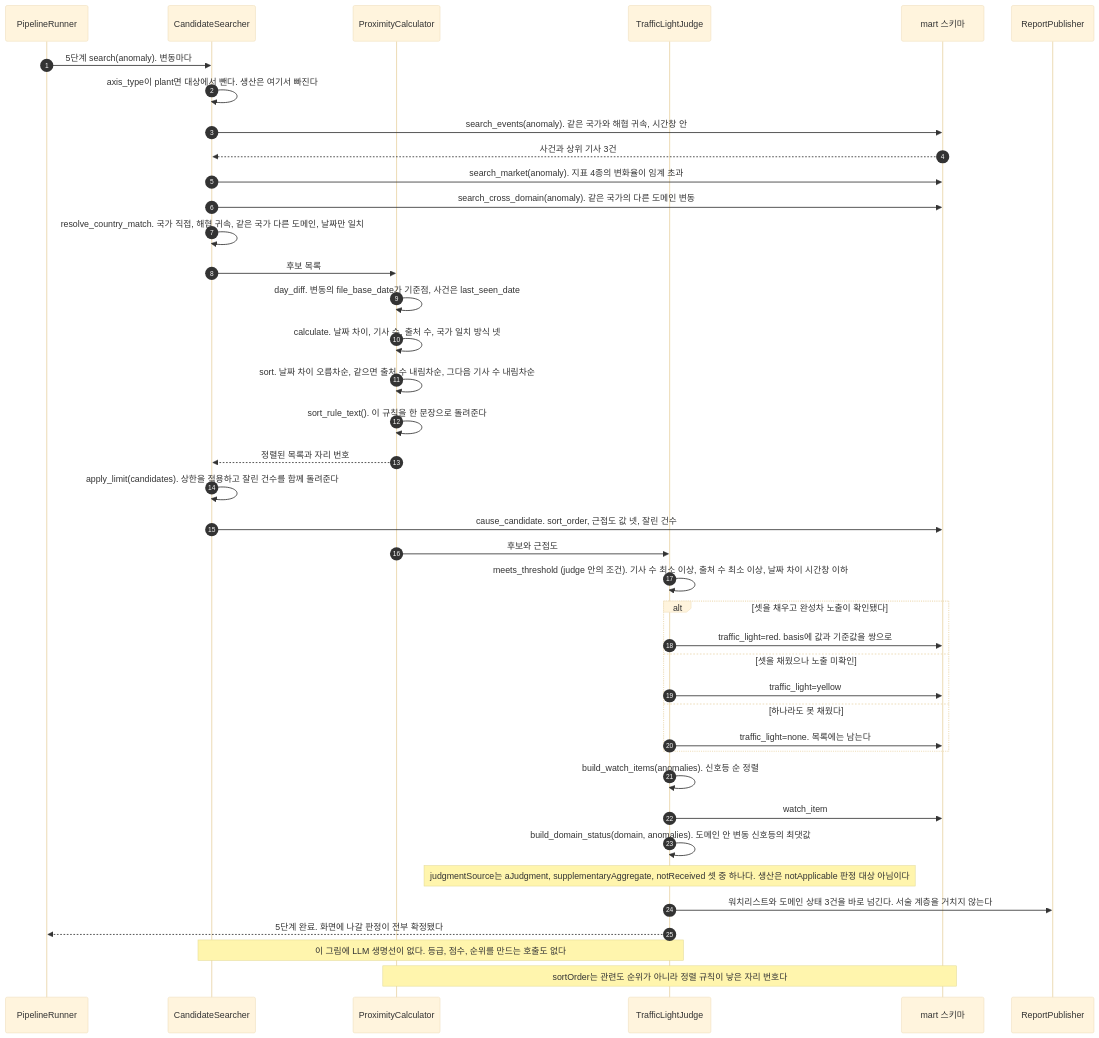
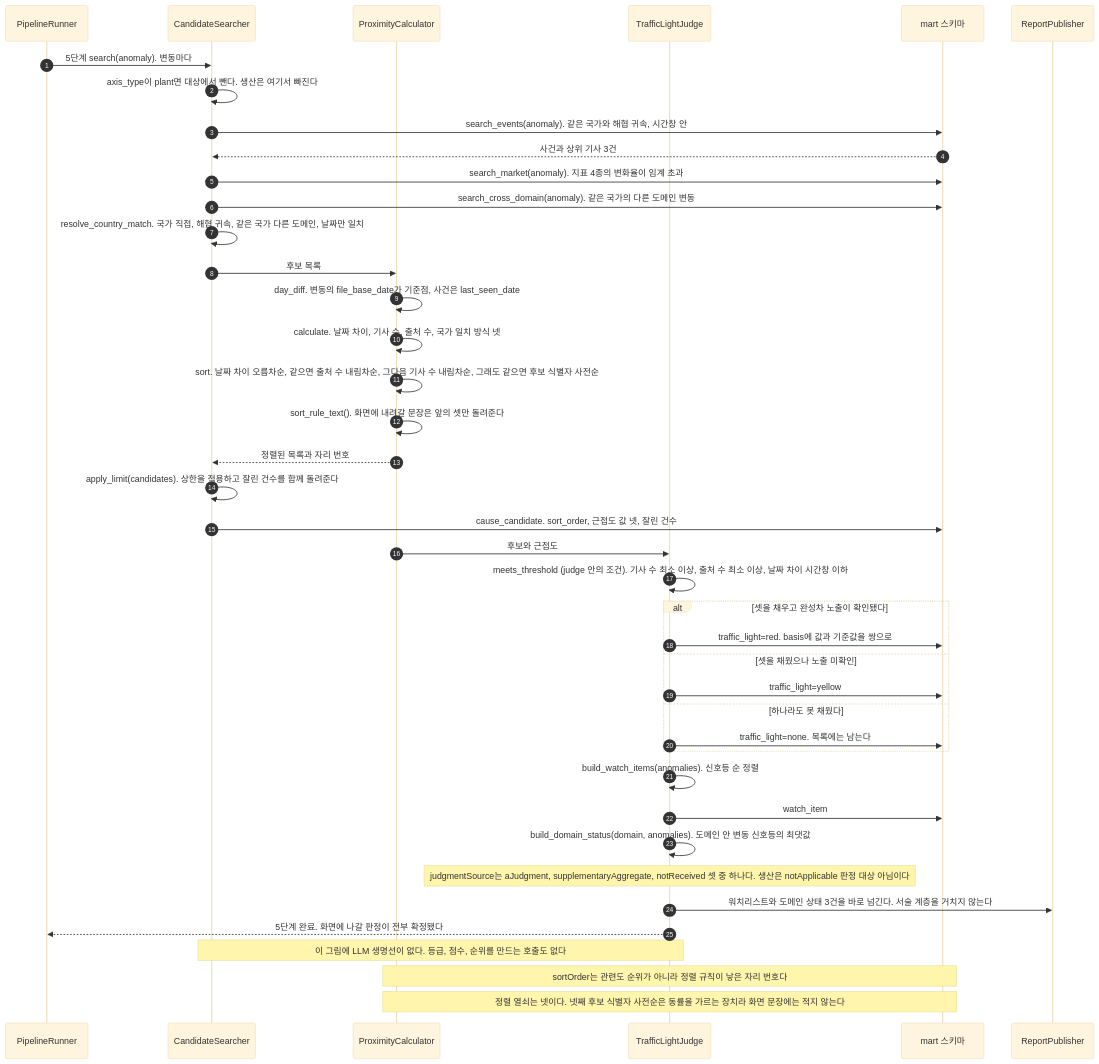
Before and after one commit to HoyoungParkme/tableau_platform: the eighth of 14 diagrams in docs/specs/09-SEQ/TBL-SEQ-001.md, drawn with Mermaid (base theme). The commit also changed other lines of this file, not shown here.

Commit message:
F6 닫음(미니스펙이 as_of·is_carried_over를 파이프라인 계약으로 실음), F2에 유스케이스 수정 진행 중 상태 표기, SEQ-18 후보 정렬에 넷째 열쇠(후보 식별자 사전순) 반영

````diff
--- a/docs/specs/09-SEQ/TBL-SEQ-001.md
+++ b/docs/specs/09-SEQ/TBL-SEQ-001.md
@@ -492,42 +492,43 @@
 ```mermaid
 sequenceDiagram
   autonumber
   participant RUN as PipelineRunner
   participant CS as CandidateSearcher
   participant PX as ProximityCalculator
   participant TLJ as TrafficLightJudge
   participant DB_MART as mart 스키마
   participant RP as ReportPublisher
   RUN->>CS: 5단계 search(anomaly). 변동마다
   CS->>CS: axis_type이 plant면 대상에서 뺀다. 생산은 여기서 빠진다
   CS->>DB_MART: search_events(anomaly). 같은 국가와 해협 귀속, 시간창 안
   DB_MART-->>CS: 사건과 상위 기사 3건
   CS->>DB_MART: search_market(anomaly). 지표 4종의 변화율이 임계 초과
   CS->>DB_MART: search_cross_domain(anomaly). 같은 국가의 다른 도메인 변동
   CS->>CS: resolve_country_match. 국가 직접, 해협 귀속, 같은 국가 다른 도메인, 날짜만 일치
   CS->>PX: 후보 목록
   PX->>PX: day_diff. 변동의 file_base_date가 기준점, 사건은 last_seen_date
   PX->>PX: calculate. 날짜 차이, 기사 수, 출처 수, 국가 일치 방식 넷
-  PX->>PX: sort. 날짜 차이 오름차순, 같으면 출처 수 내림차순, 그다음 기사 수 내림차순
-  PX->>PX: sort_rule_text(). 이 규칙을 한 문장으로 돌려준다
+  PX->>PX: sort. 날짜 차이 오름차순, 같으면 출처 수 내림차순, 그다음 기사 수 내림차순, 그래도 같으면 후보 식별자 사전순
+  PX->>PX: sort_rule_text(). 화면에 내려갈 문장은 앞의 셋만 돌려준다
   PX-->>CS: 정렬된 목록과 자리 번호
   CS->>CS: apply_limit(candidates). 상한을 적용하고 잘린 건수를 함께 돌려준다
   CS->>DB_MART: cause_candidate. sort_order, 근접도 값 넷, 잘린 건수
   PX->>TLJ: 후보와 근접도
   TLJ->>TLJ: meets_threshold (judge 안의 조건). 기사 수 최소 이상, 출처 수 최소 이상, 날짜 차이 시간창 이하
   alt 셋을 채우고 완성차 노출이 확인됐다
     TLJ->>DB_MART: traffic_light=red. basis에 값과 기준값을 쌍으로
   else 셋을 채웠으나 노출 미확인
     TLJ->>DB_MART: traffic_light=yellow
   else 하나라도 못 채웠다
     TLJ->>DB_MART: traffic_light=none. 목록에는 남는다
   end
   TLJ->>TLJ: build_watch_items(anomalies). 신호등 순 정렬
   TLJ->>DB_MART: watch_item
   TLJ->>TLJ: build_domain_status(domain, anomalies). 도메인 안 변동 신호등의 최댓값
   Note over TLJ: judgmentSource는 aJudgment, supplementaryAggregate, notReceived 셋 중 하나다. 생산은 notApplicable 판정 대상 아님이다
   TLJ->>RP: 워치리스트와 도메인 상태 3건을 바로 넘긴다. 서술 계층을 거치지 않는다
   TLJ-->>RUN: 5단계 완료. 화면에 나갈 판정이 전부 확정됐다
   Note over CS,TLJ: 이 그림에 LLM 생명선이 없다. 등급, 점수, 순위를 만드는 호출도 없다
   Note over PX,DB_MART: sortOrder는 관련도 순위가 아니라 정렬 규칙이 낳은 자리 번호다
+  Note over PX,DB_MART: 정렬 열쇠는 넷이다. 넷째 후보 식별자 사전순은 동률을 가르는 장치라 화면 문장에는 적지 않는다
 ```
````
